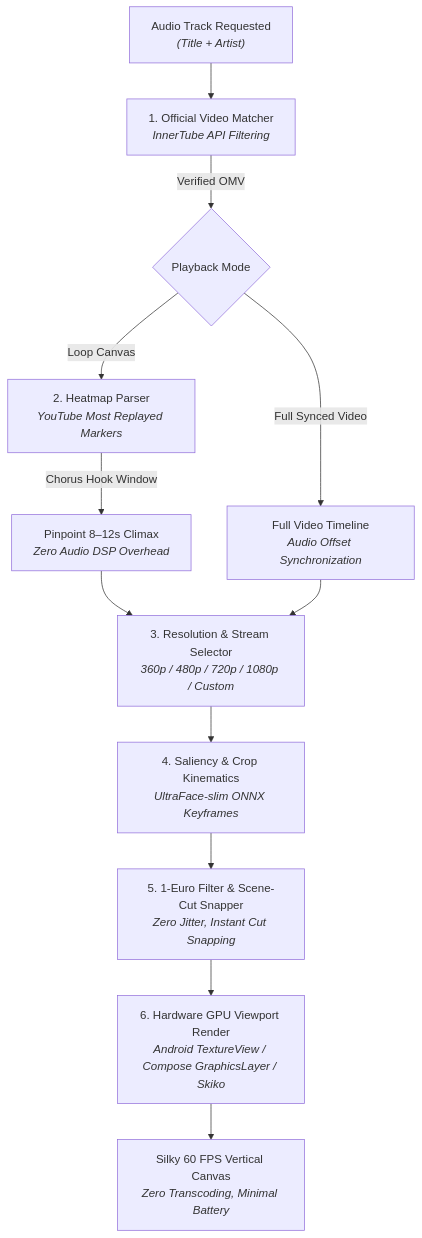
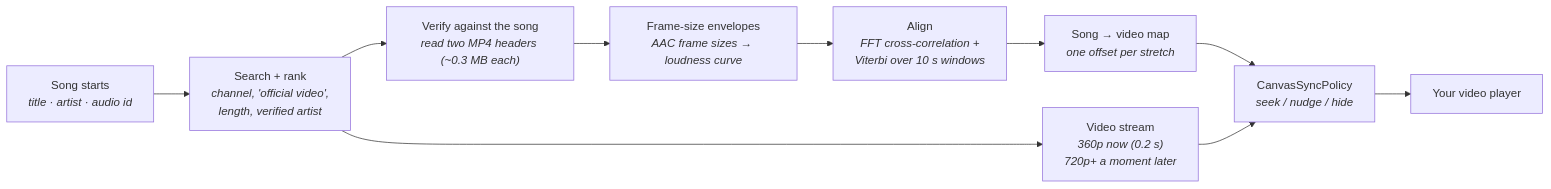
The diagram in README.md (Vijay-Janarthanan/OpenCanvas), drawn with Mermaid before and after one commit. The commit also changed other lines of this file and 10 other files, not shown here.

````diff
--- a/README.md
+++ b/README.md
@@ -75,19 +50,12 @@
 ```mermaid
-flowchart TD
-    A["Audio Track Requested<br><i>(Title + Artist)</i>"] --> B["1. Official Video Matcher<br><i>InnerTube API Filtering</i>"]
-    B -->|Verified OMV| C{"Playback Mode"}
-    
-    C -->|Loop Canvas| D["2. Heatmap Parser<br><i>YouTube Most Replayed Markers</i>"]
-    D -->|Chorus Hook Window| E["Pinpoint 8–12s Climax<br><i>Zero Audio DSP Overhead</i>"]
-    
-    C -->|Full Synced Video| F["Full Video Timeline<br><i>Audio Offset Synchronization</i>"]
-    
-    E --> G["3. Resolution & Stream Selector<br><i>360p / 480p / 720p / 1080p / Custom</i>"]
-    F --> G
-    
-    G --> H["4. Saliency & Crop Kinematics<br><i>UltraFace-slim ONNX Keyframes</i>"]
-    H --> I["5. 1-Euro Filter & Scene-Cut Snapper<br><i>Zero Jitter, Instant Cut Snapping</i>"]
-    I --> J["6. Hardware GPU Viewport Render<br><i>Android TextureView / Compose GraphicsLayer / Skiko</i>"]
-    
-    J --> K["Silky 60 FPS Vertical Canvas<br><i>Zero Transcoding, Minimal Battery</i>"]
+flowchart LR
+    A["Song starts<br><i>title · artist · audio id</i>"] --> B["Search + rank<br><i>channel, 'official video',<br>length, verified artist</i>"]
+    B --> C["Video stream<br><i>360p now (0.2 s)<br>720p+ a moment later</i>"]
+    B --> D["Verify against the song<br><i>read two MP4 headers (~0.3 MB each)</i>"]
+    D --> E["Frame-size envelopes<br><i>AAC frame sizes → loudness curve</i>"]
+    E --> F["Align<br><i>FFT cross-correlation +<br>Viterbi over 10 s windows</i>"]
+    F --> G["Song → video map<br><i>one offset per stretch</i>"]
+    G --> H["CanvasSyncPolicy<br><i>seek / nudge / hide</i>"]
+    C --> H
+    H --> I["Your video player"]
 ```
````
